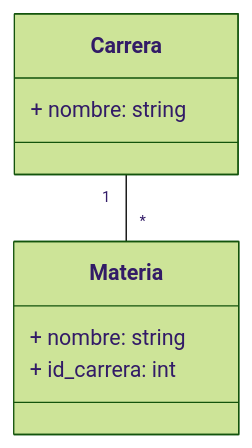
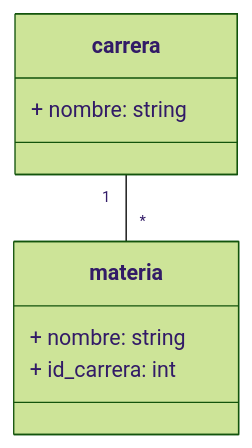
The second of 6 diagrams in README.md (pablo-origlia/estrategias-persistencia), drawn with Mermaid (forest theme) before and after one commit. The commit also changed other lines of this file and 16 other files, not shown here.

````diff
--- a/README.md
+++ b/README.md
@@ -131,14 +131,14 @@
 ```mermaid
 classDiagram
 
-Carrera "1"--"*" Materia
+carrera "1"--"*" materia
 
-class Carrera {
+class carrera {
   + nombre: string
 }
 
-class Materia {
+class materia {
   + nombre: string
   + id_carrera: int
 }
 ```
````
